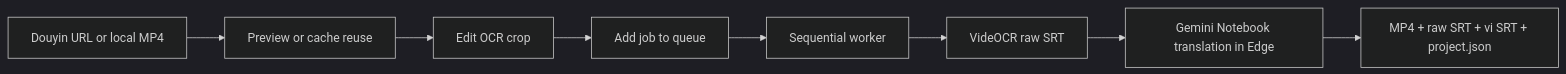
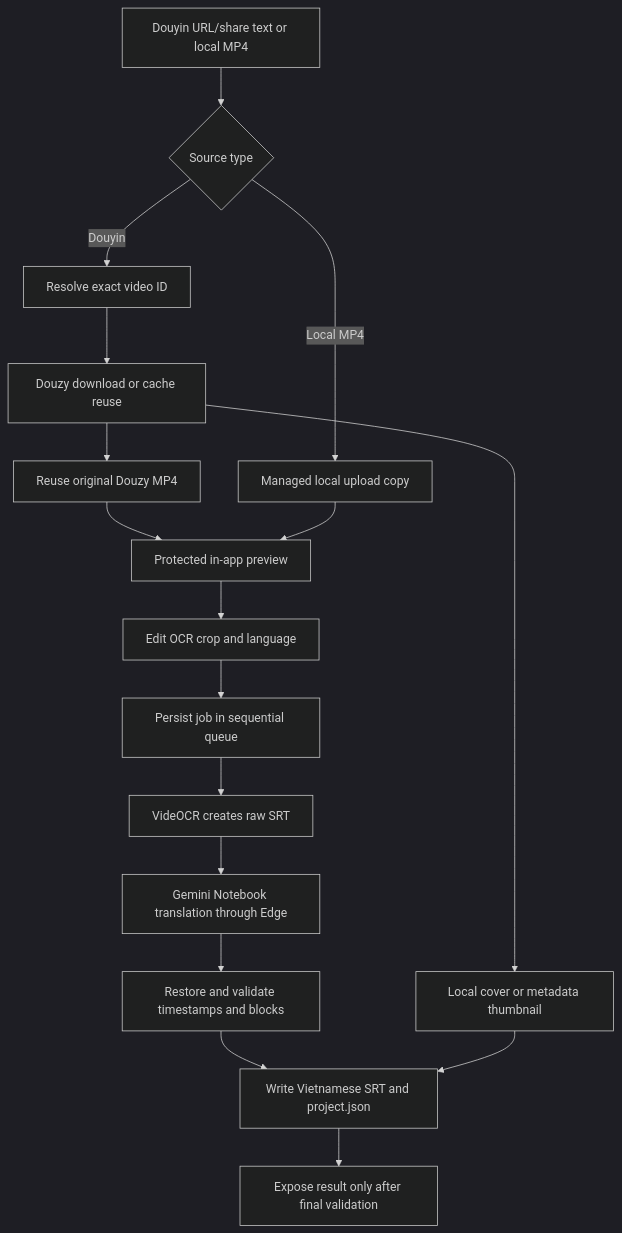
Before and after one commit to qvinh8726/VietSub-Studio: the first of 2 diagrams in README.md, drawn with Mermaid (dark theme). The commit also changed other lines of this file and 5 other files, not shown here.

First line of the commit message:
Reuse Douzy videos and export thumbnails (#3)

````diff
--- a/README.md
+++ b/README.md
@@ -265,10 +335,19 @@
 ```mermaid
-flowchart LR
-    A[Douyin URL or local MP4] --> B[Preview or cache reuse]
-    B --> C[Edit OCR crop]
-    C --> D[Add job to queue]
-    D --> E[Sequential worker]
-    E --> F[VideOCR raw SRT]
-    F --> G[Gemini Notebook translation in Edge]
-    G --> H[MP4 + raw SRT + vi SRT + project.json]
+flowchart TD
+    A[Douyin URL/share text or local MP4] --> B{Source type}
+    B -->|Douyin| C[Resolve exact video ID]
+    C --> D[Douzy download or cache reuse]
+    D --> E[Reuse original Douzy MP4]
+    D --> T[Local cover or metadata thumbnail]
+    B -->|Local MP4| F[Managed local upload copy]
+    E --> G[Protected in-app preview]
+    F --> G
+    G --> H[Edit OCR crop and language]
+    H --> I[Persist job in sequential queue]
+    I --> J[VideOCR creates raw SRT]
+    J --> K[Gemini Notebook translation through Edge]
+    K --> L[Restore and validate timestamps and blocks]
+    L --> M[Write Vietnamese SRT and project.json]
+    T --> M
+    M --> N[Expose result only after final validation]
 ```
````
